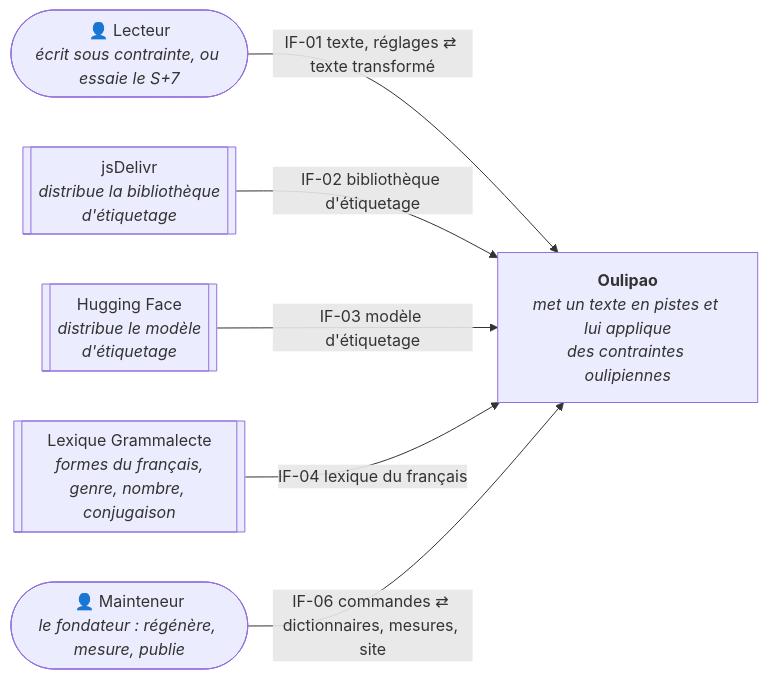
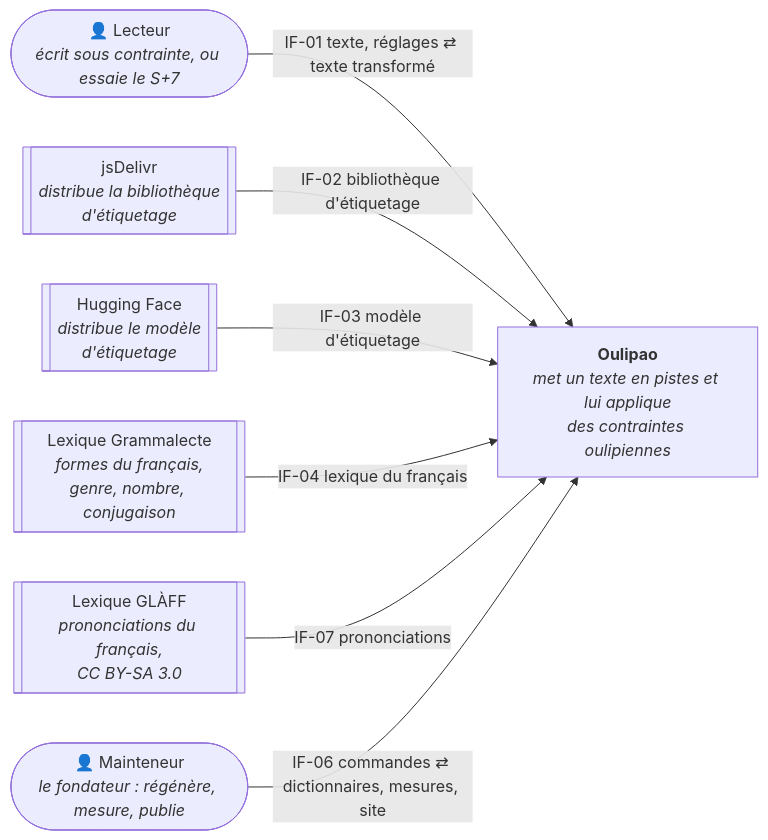
One commit to constructions-incongrues/oulipao changed the diagram in docs/arc42/03-contexte-et-perimetre.md. Above: the diagram before and after it, drawn with Mermaid. The commit also changed other lines of this file and 11 other files, not shown here.

First line of the commit message:
Documentation d'architecture arc42 : textbank phonétique et filtres de rime

````diff
--- a/docs/arc42/03-contexte-et-perimetre.md
+++ b/docs/arc42/03-contexte-et-perimetre.md
@@ -16,17 +16,19 @@
 ```mermaid
 flowchart LR
     lecteur(["👤 Lecteur<br/><i>écrit sous contrainte, ou essaie le S+7</i>"])
     mainteneur(["👤 Mainteneur<br/><i>le fondateur : régénère, mesure, publie</i>"])
 
     oulipao["<b>Oulipao</b><br/><i>met un texte en pistes et lui applique<br/>des contraintes oulipiennes</i>"]
 
     jsdelivr[["jsDelivr<br/><i>distribue la bibliothèque<br/>d'étiquetage</i>"]]
     hf[["Hugging Face<br/><i>distribue le modèle<br/>d'étiquetage</i>"]]
     grammalecte[["Lexique Grammalecte<br/><i>formes du français,<br/>genre, nombre, conjugaison</i>"]]
+    glaff[["Lexique GLÀFF<br/><i>prononciations du français,<br/>CC BY-SA 3.0</i>"]]
 
     lecteur -- "IF-01 texte, réglages ⇄ texte transformé" --> oulipao
     jsdelivr -- "IF-02 bibliothèque d'étiquetage" --> oulipao
     hf -- "IF-03 modèle d'étiquetage" --> oulipao
     grammalecte -- "IF-04 lexique du français" --> oulipao
+    glaff -- "IF-07 prononciations" --> oulipao
     mainteneur -- "IF-06 commandes ⇄ dictionnaires, mesures, site" --> oulipao
 ```
````
